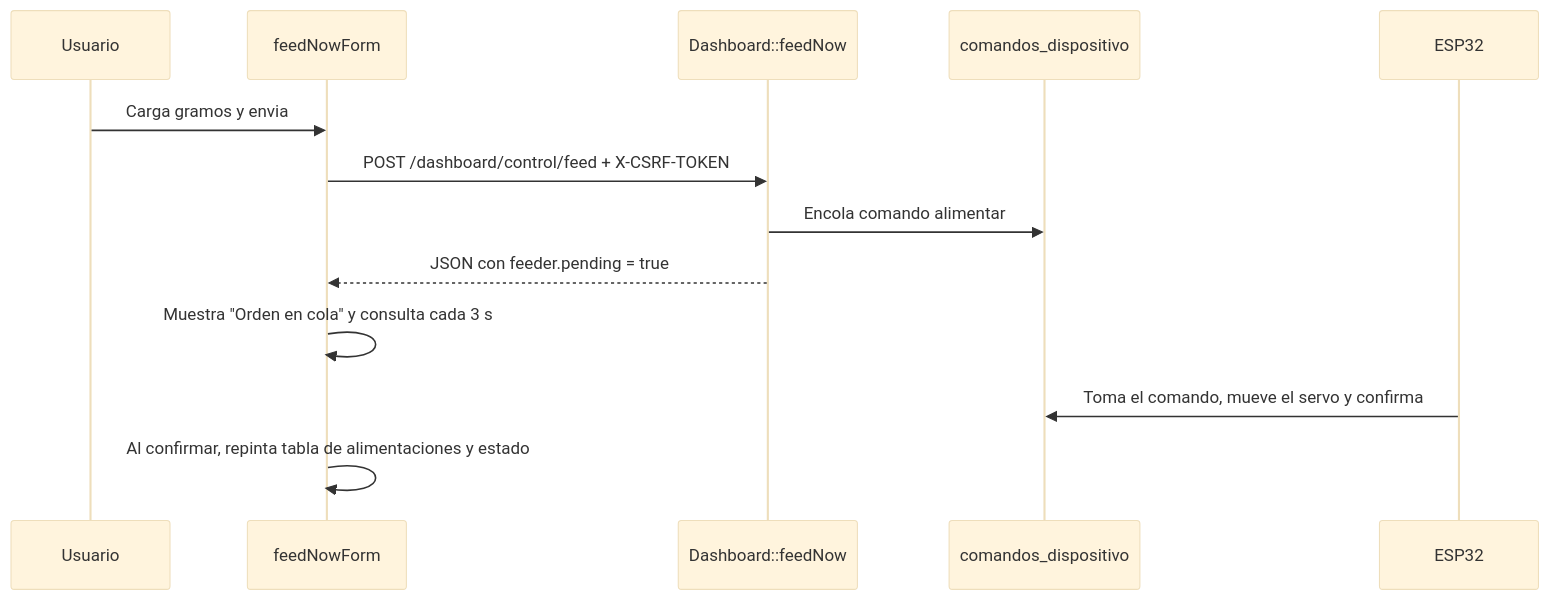
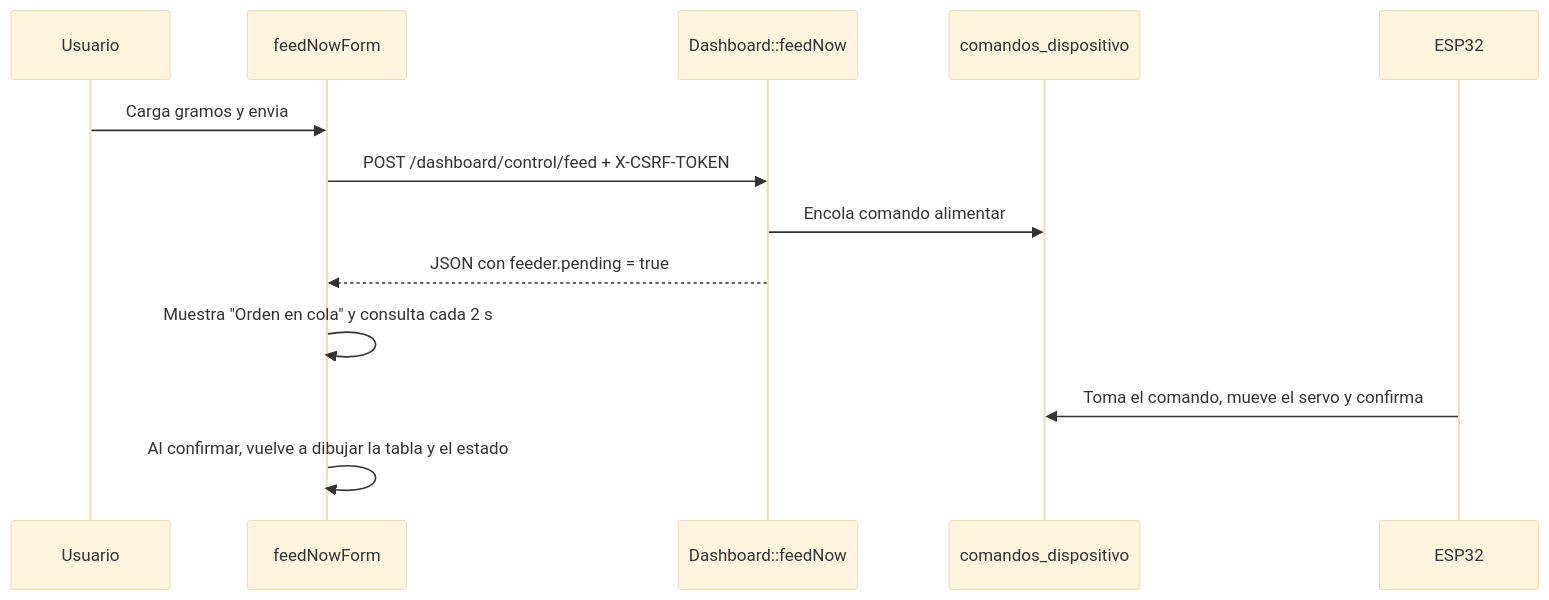
Before and after one commit to TuVieja22/AquaControl: the fifth of 6 diagrams in FRONTEND_DOCUMENTACION.md, drawn with Mermaid (base theme). The commit also changed other lines of this file and 10 other files, not shown here.

````diff
--- a/FRONTEND_DOCUMENTACION.md
+++ b/FRONTEND_DOCUMENTACION.md
@@ -519,15 +496,15 @@
 ```mermaid
 sequenceDiagram
     participant U as Usuario
     participant F as feedNowForm
     participant API as Dashboard::feedNow
     participant Q as comandos_dispositivo
     participant E as ESP32
     U->>F: Carga gramos y envia
     F->>API: POST /dashboard/control/feed + X-CSRF-TOKEN
     API->>Q: Encola comando alimentar
     API-->>F: JSON con feeder.pending = true
-    F->>F: Muestra "Orden en cola" y consulta cada 3 s
+    F->>F: Muestra "Orden en cola" y consulta cada 2 s
     E->>Q: Toma el comando, mueve el servo y confirma
-    F->>F: Al confirmar, repinta tabla de alimentaciones y estado
+    F->>F: Al confirmar, vuelve a dibujar la tabla y el estado
 ```
````
